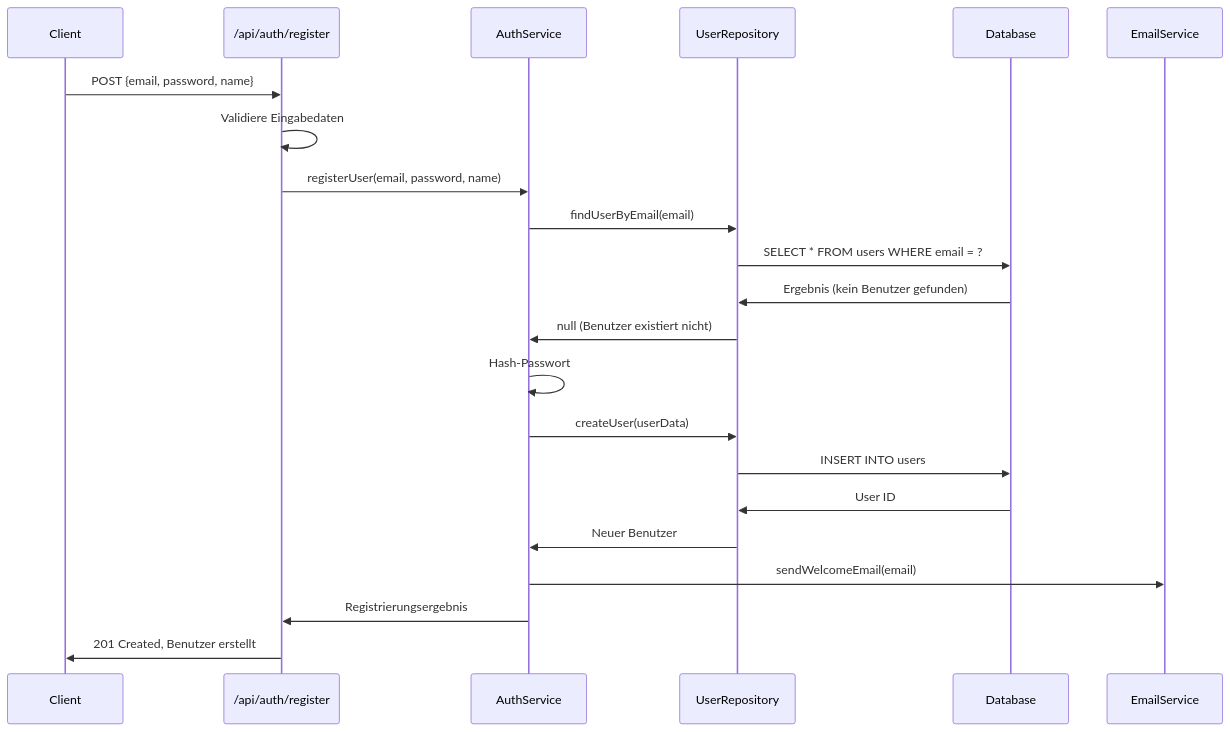
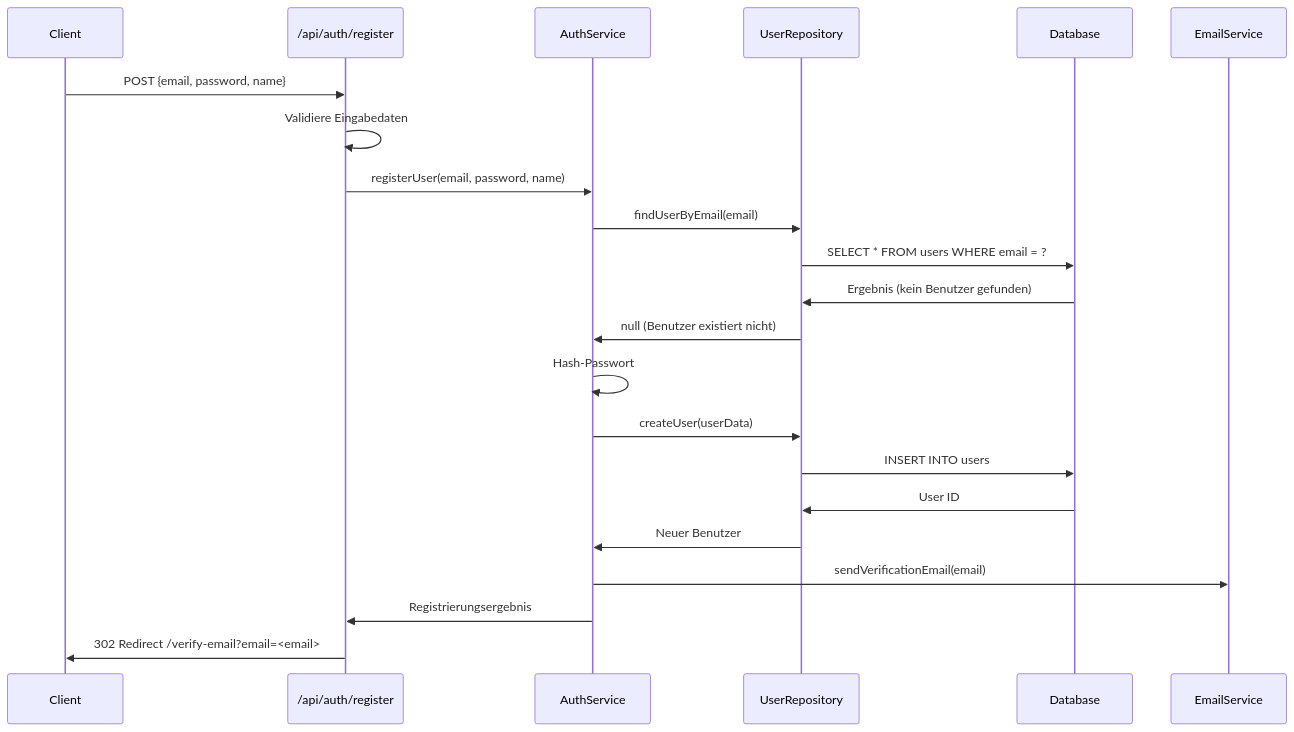
The first of 4 diagrams in docs/architecture/auth-flow.md (HubEvolution/EvolutionHub), drawn with Mermaid before and after one commit. The commit also changed other lines of this file and 64 other files, not shown here.

Commit message:
feat: implement comprehensive auth system with email verification and i18n support

````diff
--- a/docs/architecture/auth-flow.md
+++ b/docs/architecture/auth-flow.md
@@ -70,25 +70,25 @@
 ```mermaid
 sequenceDiagram
     participant Client
     participant RegisterAPI as /api/auth/register
     participant AuthService
     participant UserRepository
     participant Database
     participant EmailService
 
     Client->>RegisterAPI: POST {email, password, name}
     RegisterAPI->>RegisterAPI: Validiere Eingabedaten
     RegisterAPI->>AuthService: registerUser(email, password, name)
     AuthService->>UserRepository: findUserByEmail(email)
     UserRepository->>Database: SELECT * FROM users WHERE email = ?
     Database->>UserRepository: Ergebnis (kein Benutzer gefunden)
     UserRepository->>AuthService: null (Benutzer existiert nicht)
     AuthService->>AuthService: Hash-Passwort
     AuthService->>UserRepository: createUser(userData)
     UserRepository->>Database: INSERT INTO users
     Database->>UserRepository: User ID
     UserRepository->>AuthService: Neuer Benutzer
-    AuthService->>EmailService: sendWelcomeEmail(email)
+    AuthService->>EmailService: sendVerificationEmail(email)
     AuthService->>RegisterAPI: Registrierungsergebnis
-    RegisterAPI->>Client: 201 Created, Benutzer erstellt
+    RegisterAPI->>Client: 302 Redirect /verify-email?email=<email>
 ```
````
